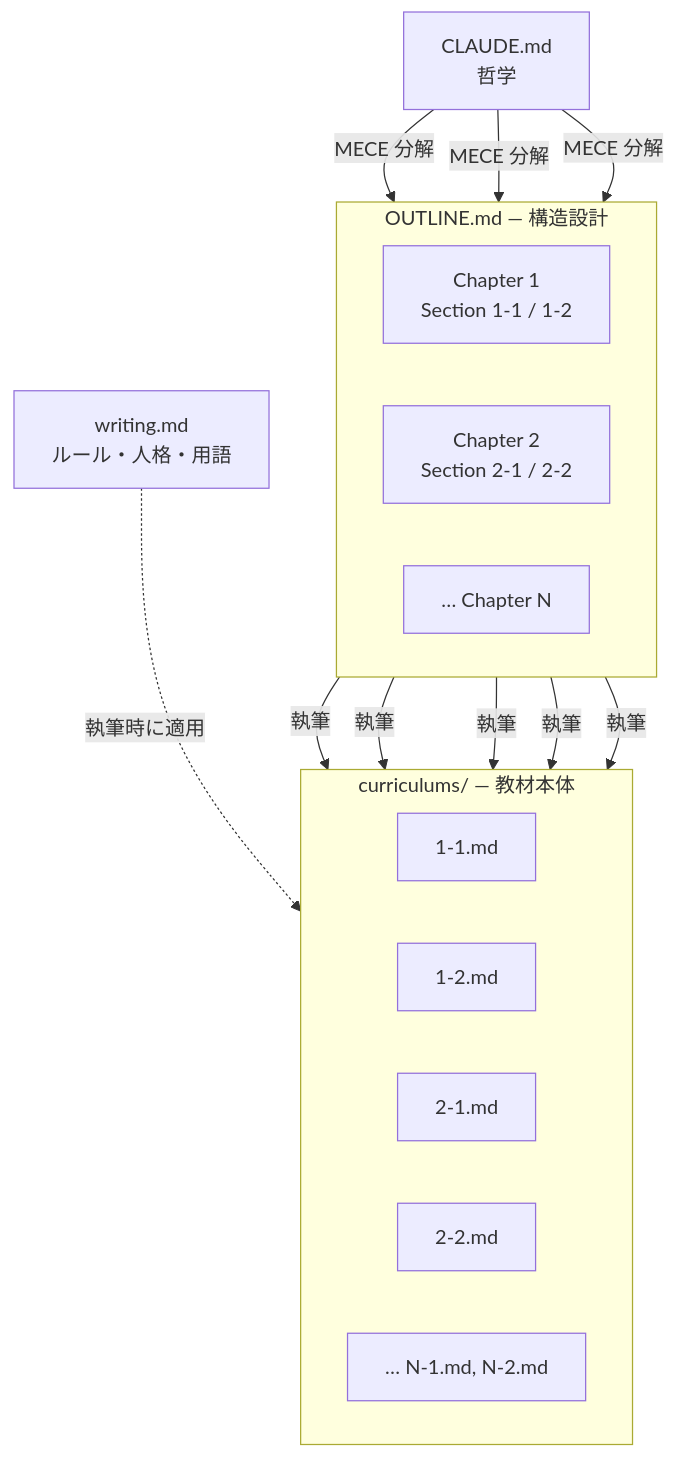
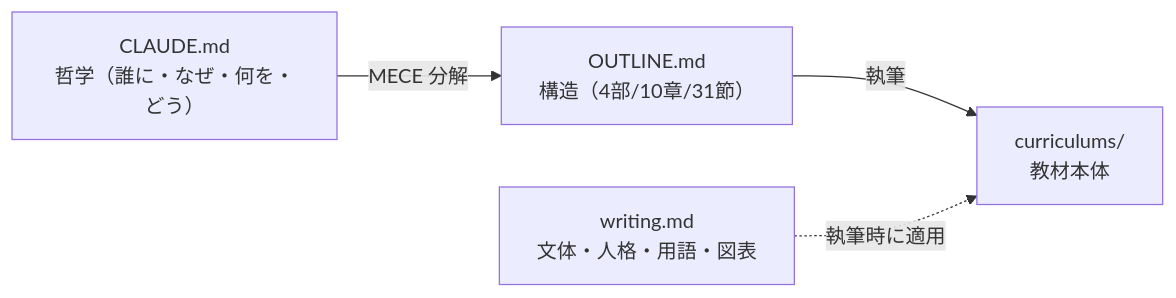
Before and after one commit to coachtech-material/bookshelf-transition: the diagram in README.md, drawn with Mermaid. The commit also changed other lines of this file, not shown here.

````diff
--- a/README.md
+++ b/README.md
@@ -29,27 +77,6 @@
 ```mermaid
-flowchart TD
-    A["CLAUDE.md\n哲学"]
-
-    subgraph outline["OUTLINE.md — 構造設計"]
-        direction LR
-        B1["Chapter 1\nSection 1-1 / 1-2"]
-        B2["Chapter 2\nSection 2-1 / 2-2"]
-        B3["… Chapter N"]
-    end
-
-    subgraph curr["curriculums/ — 教材本体"]
-        direction LR
-        C1["1-1.md"]
-        C2["1-2.md"]
-        C3["2-1.md"]
-        C4["2-2.md"]
-        C5["… N-1.md, N-2.md"]
-    end
-
-    A -->|MECE 分解| B1 & B2 & B3
-    B1 -->|執筆| C1 & C2
-    B2 -->|執筆| C3 & C4
-    B3 -->|執筆| C5
-
-    W["writing.md\nルール・人格・用語"] -.->|執筆時に適用| curr
+flowchart LR
+    A["CLAUDE.md<br/>哲学（誰に・なぜ・何を・どう）"] -->|MECE 分解| B["OUTLINE.md<br/>構造（4部/10章/31節）"]
+    B -->|執筆| C["curriculums/<br/>教材本体"]
+    W["writing.md<br/>文体・人格・用語・図表"] -.->|執筆時に適用| C
 ```
````
